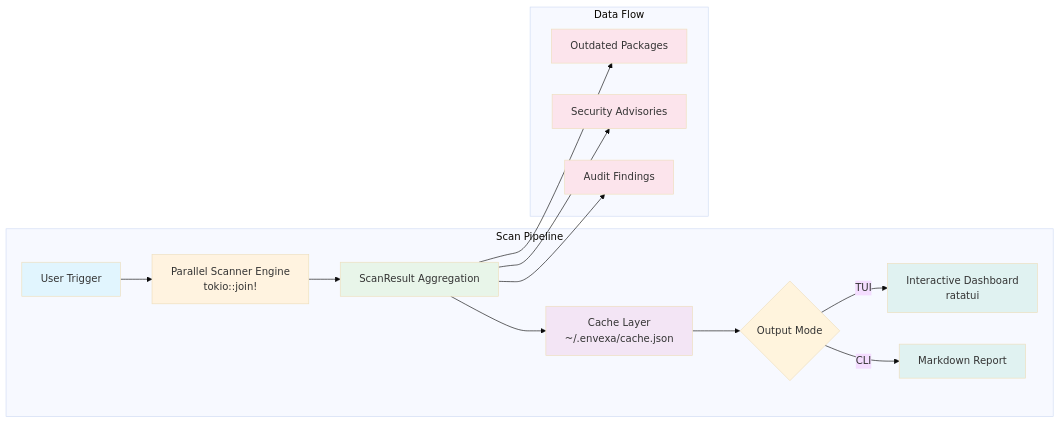
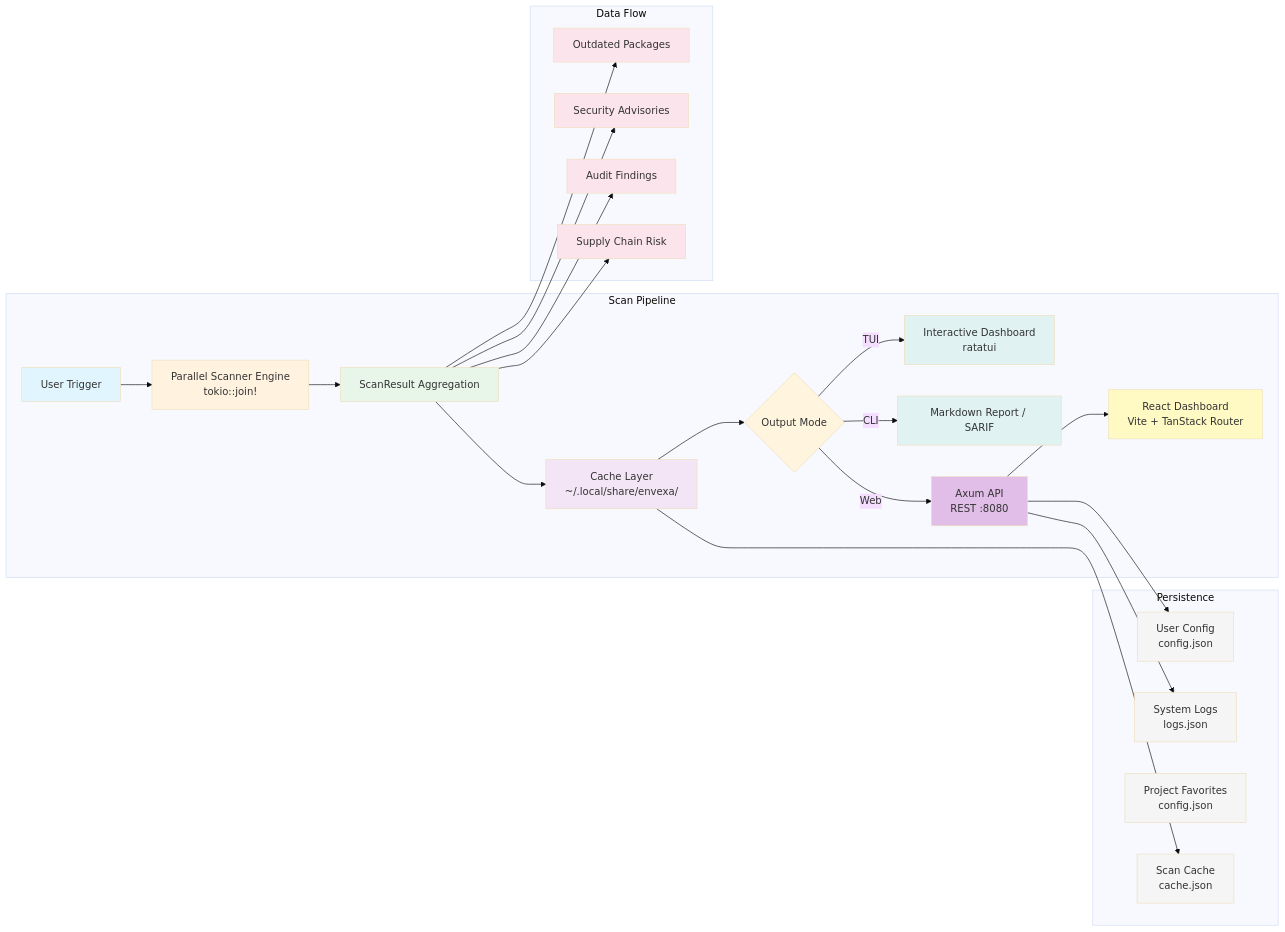
One commit to KurutoDenzeru/envexa changed the second of 2 diagrams in README.md. Above: the diagram before and after it, drawn with Mermaid (base theme). The commit also changed other lines of this file and 96 other files, not shown here.

First line of the commit message:
feat(web-dashboard): DataTable, toolchain dialogs, settings, logs, and UI overhaul (#23)

````diff
--- a/README.md
+++ b/README.md
@@ -185,27 +294,48 @@
 ```mermaid
 graph LR
     subgraph "Scan Pipeline"
         Input[User Trigger] --> Parallel[Parallel Scanner Engine<br/>tokio::join!]
         Parallel --> Results[ScanResult Aggregation]
-        Results --> Cache[Cache Layer<br/>~/.envexa/cache.json]
+        Results --> Cache[Cache Layer<br/>~/.local/share/envexa/]
         Cache --> Output{Output Mode}
         Output -->|TUI| Dashboard[Interactive Dashboard<br/>ratatui]
-        Output -->|CLI| Report[Markdown Report]
+        Output -->|CLI| Report[Markdown Report / SARIF]
+        Output -->|Web| API[Axum API<br/>REST :8080]
+        API --> Frontend[React Dashboard<br/>Vite + TanStack Router]
     end
-    
+
     subgraph "Data Flow"
         Results --> Outdated[Outdated Packages]
         Results --> Security[Security Advisories]
         Results --> Audit[Audit Findings]
+        Results --> SupplyChain[Supply Chain Risk]
     end
-    
+
+    subgraph "Persistence"
+        Config[User Config<br/>config.json]
+        Logs[System Logs<br/>logs.json]
+        Favorites[Project Favorites<br/>config.json]
+        Cache2[Scan Cache<br/>cache.json]
+    end
+
+    Cache --> Cache2
+    API --> Config
+    API --> Logs
+
     style Input fill:#e1f5fe
     style Parallel fill:#fff3e0
     style Results fill:#e8f5e9
     style Cache fill:#f3e5f5
     style Dashboard fill:#e0f2f1
     style Report fill:#e0f2f1
+    style API fill:#e1bee7
+    style Frontend fill:#fff9c4
     style Outdated fill:#fce4ec
     style Security fill:#fce4ec
     style Audit fill:#fce4ec
+    style SupplyChain fill:#fce4ec
+    style Config fill:#f5f5f5
+    style Logs fill:#f5f5f5
+    style Favorites fill:#f5f5f5
+    style Cache2 fill:#f5f5f5
 ```
````
